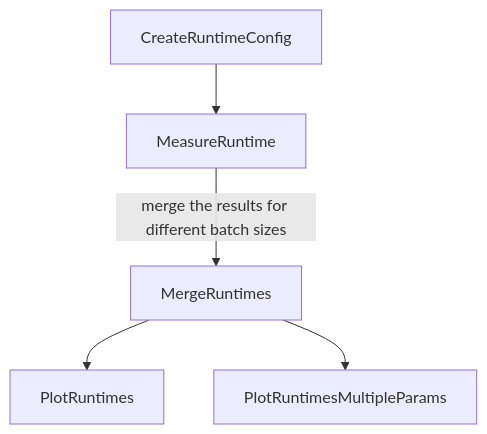
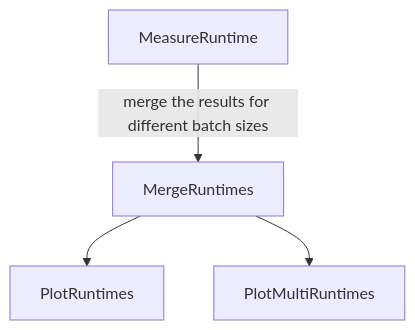
Before and after one commit to cms-ml/MLProf: the second of 2 diagrams in README.md, drawn with Mermaid. The commit also changed other lines of this file, not shown here.

````diff
--- a/README.md
+++ b/README.md
@@ -94,7 +95,7 @@
 ```mermaid
 flowchart TD
-    A[CreateRuntimeConfig] --> B[MeasureRuntime]
-    B --> |merge the results for different batch sizes| C[MergeRuntimes]
-    C --> D[PlotRuntimes]
-    C --> E[PlotRuntimesMultipleParams]
+    A[MeasureRuntime]
+    A --> |merge the results for different batch sizes| B[MergeRuntimes]
+    B --> C[PlotRuntimes]
+    B --> D[PlotMultiRuntimes]
 ```
````
